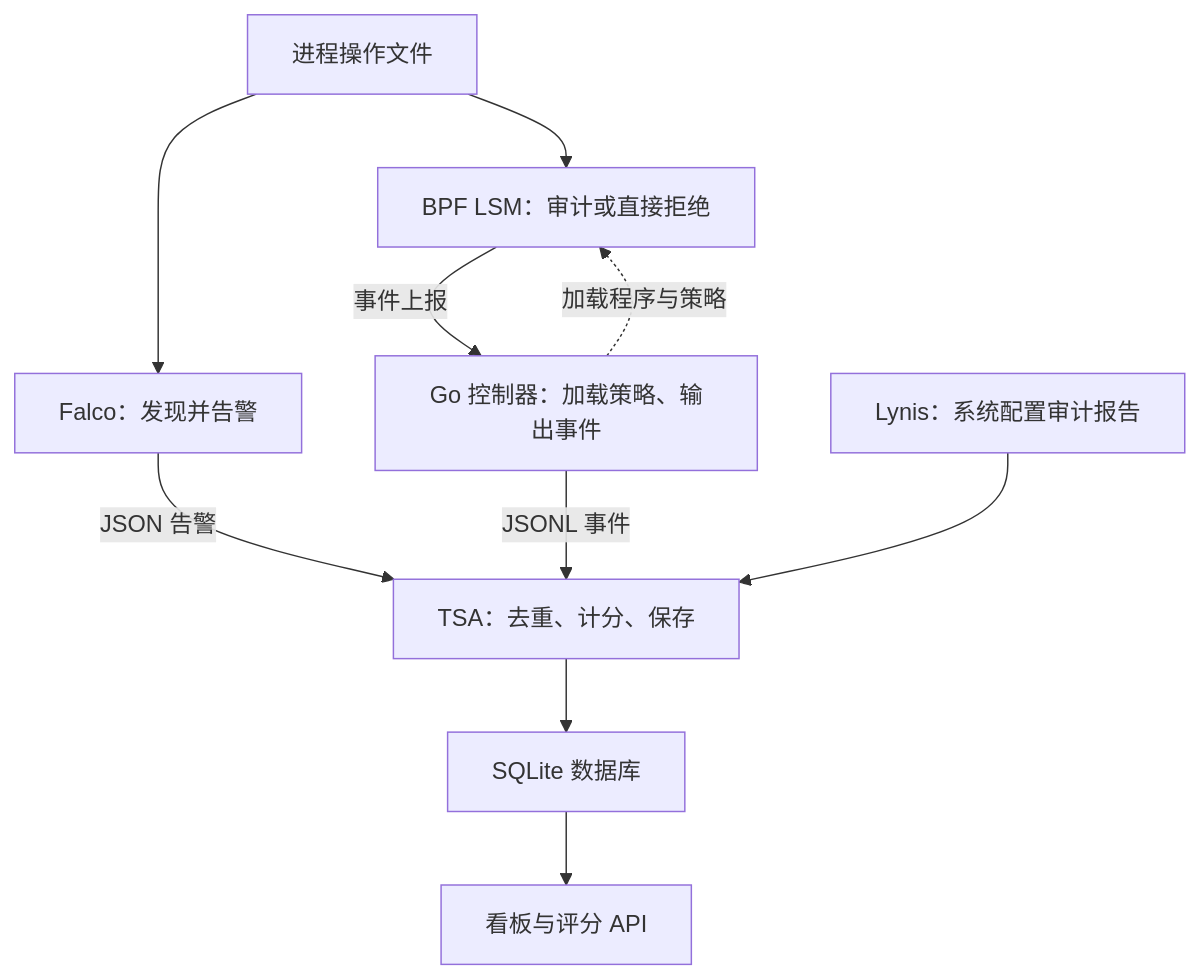
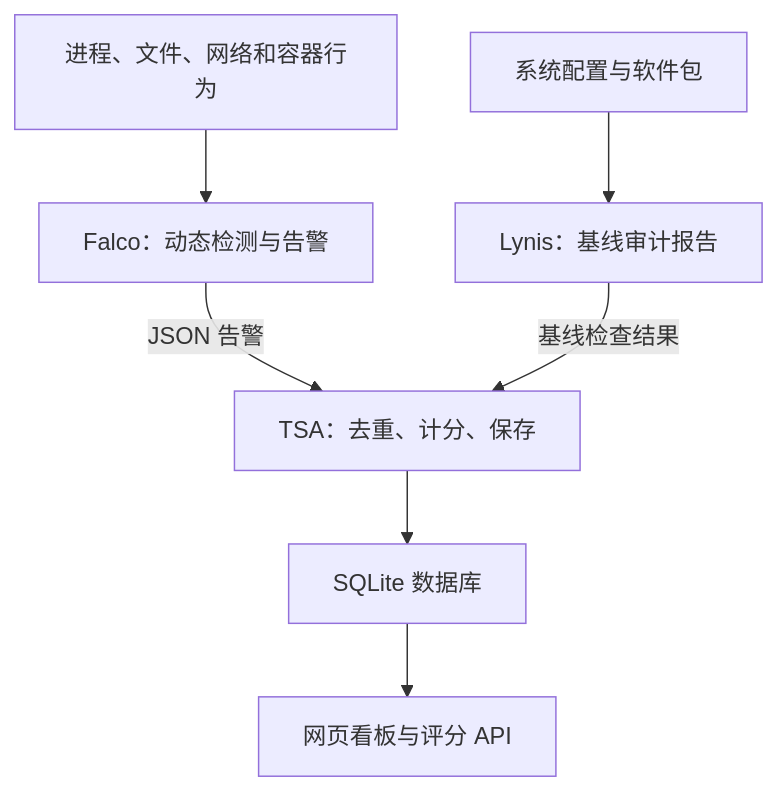
Before and after one commit to rrenziho333-bot/linux-runtime-security-stack: the diagram in README.md, drawn with Mermaid. The commit also changed other lines of this file and 32 other files, not shown here.

Commit message:
Simplify stack to Falco and Lynis detection with TSA scoring

````diff
--- a/README.md
+++ b/README.md
@@ -11,12 +11,9 @@
 ```mermaid
 flowchart TD
-    P["进程操作文件"] --> F["Falco：发现并告警"]
-    P --> B["BPF LSM：审计或直接拒绝"]
-    B -->|"事件上报"| G["Go 控制器：加载策略、输出事件"]
-    G -.->|"加载程序与策略"| B
+    P["进程、文件、网络和容器行为"] --> F["Falco：动态检测与告警"]
+    H["系统配置与软件包"] --> L["Lynis：基线审计报告"]
     F -->|"JSON 告警"| T["TSA：去重、计分、保存"]
-    G -->|"JSONL 事件"| T
-    L["Lynis：系统配置审计报告"] --> T
+    L -->|"基线检查结果"| T
     T --> D["SQLite 数据库"]
-    D --> W["看板与评分 API"]
+    D --> W["网页看板与评分 API"]
 ```
````
